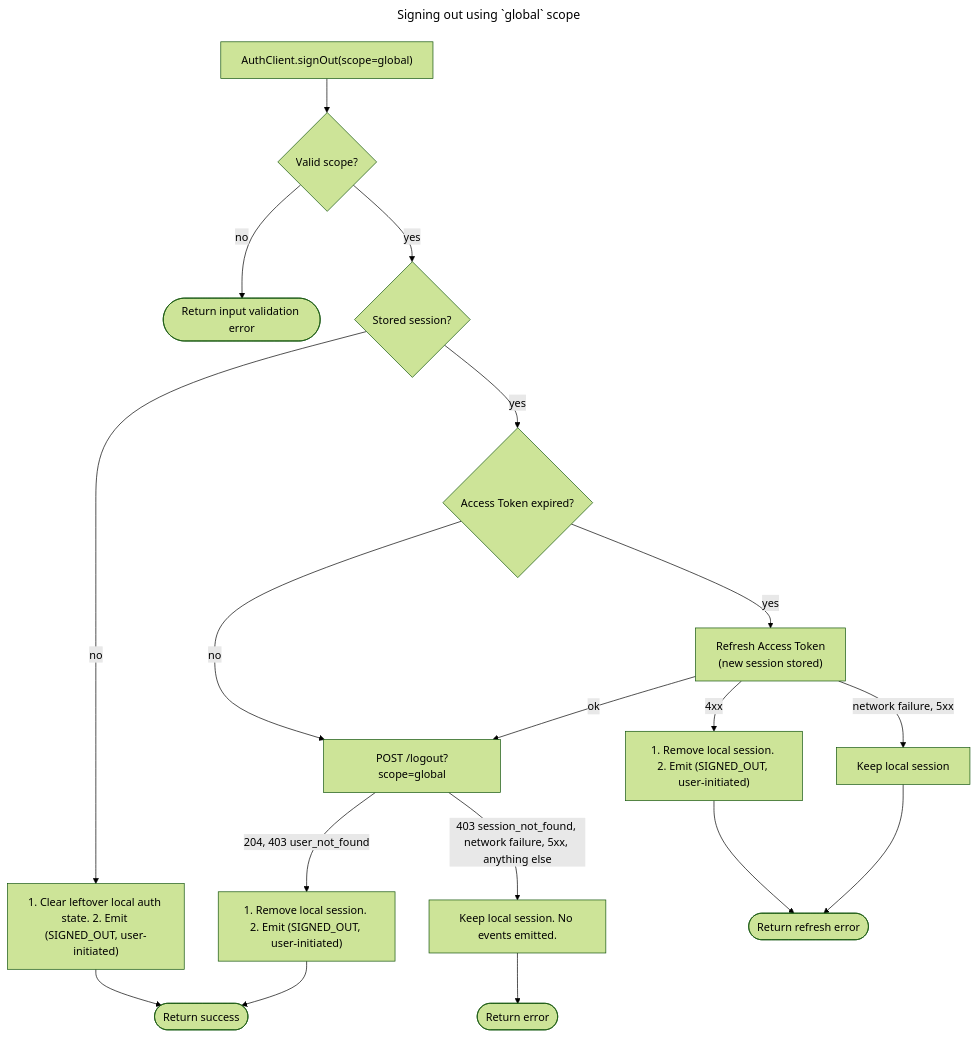
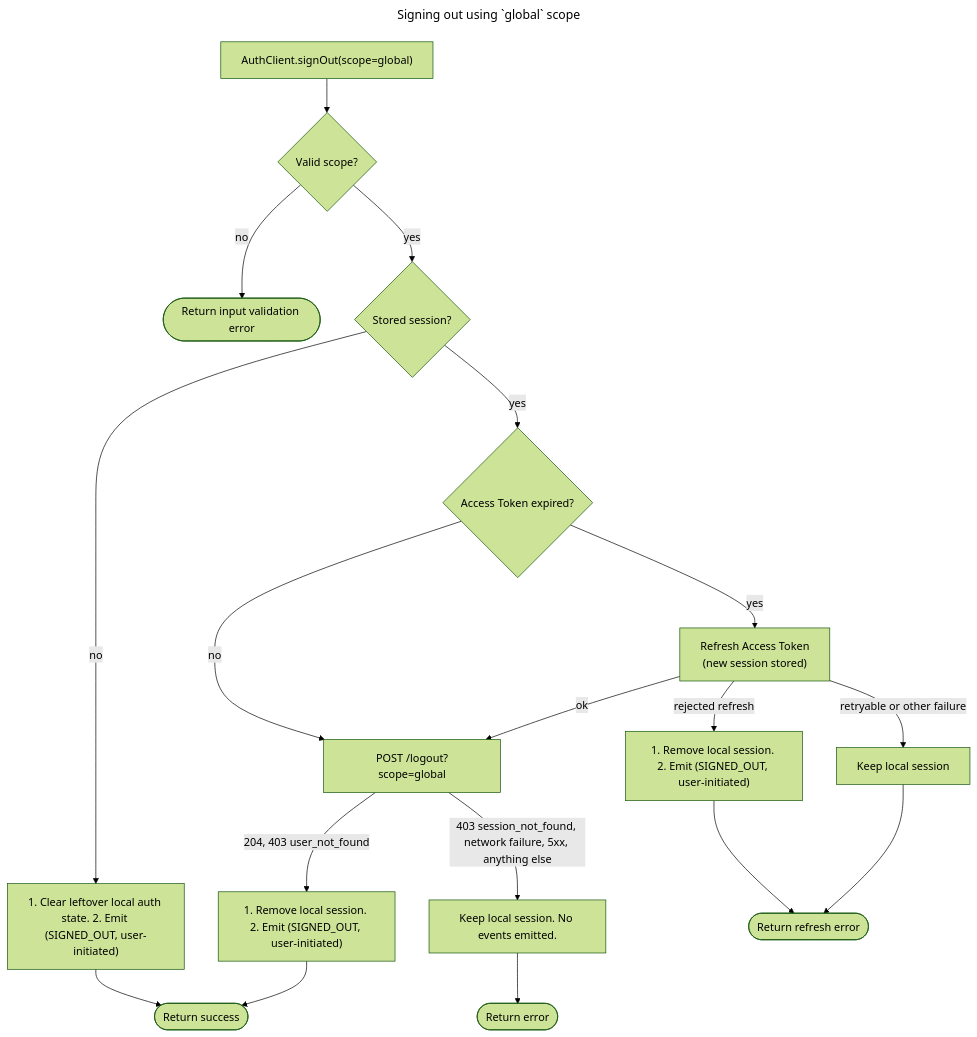
The second of 3 diagrams in packages/capability-matrix/specs/auth/session/sign_out.md (supabase/sdk), drawn with Mermaid (forest theme) before and after one commit. The commit also changed other lines of this file and 10 other files, not shown here.

````diff
--- a/packages/capability-matrix/specs/auth/session/sign_out.md
+++ b/packages/capability-matrix/specs/auth/session/sign_out.md
@@ -161,23 +162,23 @@
 ```mermaid
 ---
 title: Signing out using `global` scope
 ---
 flowchart TB
     A["AuthClient.signOut(scope=global)"] --> V{"Valid scope?"}
     V -- no --> EV(["Return input validation error"])
     V -- yes --> S{"Stored session?"}
     S -- no --> C0["1. Clear leftover local auth state. 2. Emit (SIGNED_OUT, user-initiated)"]
     C0 --> OK(["Return success"])
     S -- yes --> X{"Access Token expired?"}
     X -- no --> L["POST /logout?scope=global"]
     X -- yes --> RF["Refresh Access Token<br>(new session stored)"]
     RF -- ok --> L
-    RF -- 4xx --> RX["1. Remove local session. 2. Emit (SIGNED_OUT, user-initiated)"]
+    RF -- rejected refresh --> RX["1. Remove local session. 2. Emit (SIGNED_OUT, user-initiated)"]
     RX --> ER(["Return refresh error"])
-    RF -- network failure, 5xx --> K1["Keep local session"]
+    RF -- retryable or other failure --> K1["Keep local session"]
     K1 --> ER
     L -- 204, 403 user_not_found --> RM["1. Remove local session. 2. Emit (SIGNED_OUT, user-initiated)"]
     RM --> OK
     L -- 403 session_not_found, network failure, 5xx, anything else --> K2["Keep local session. No events emitted."]
     K2 --> E(["Return error"])
 ```
````
